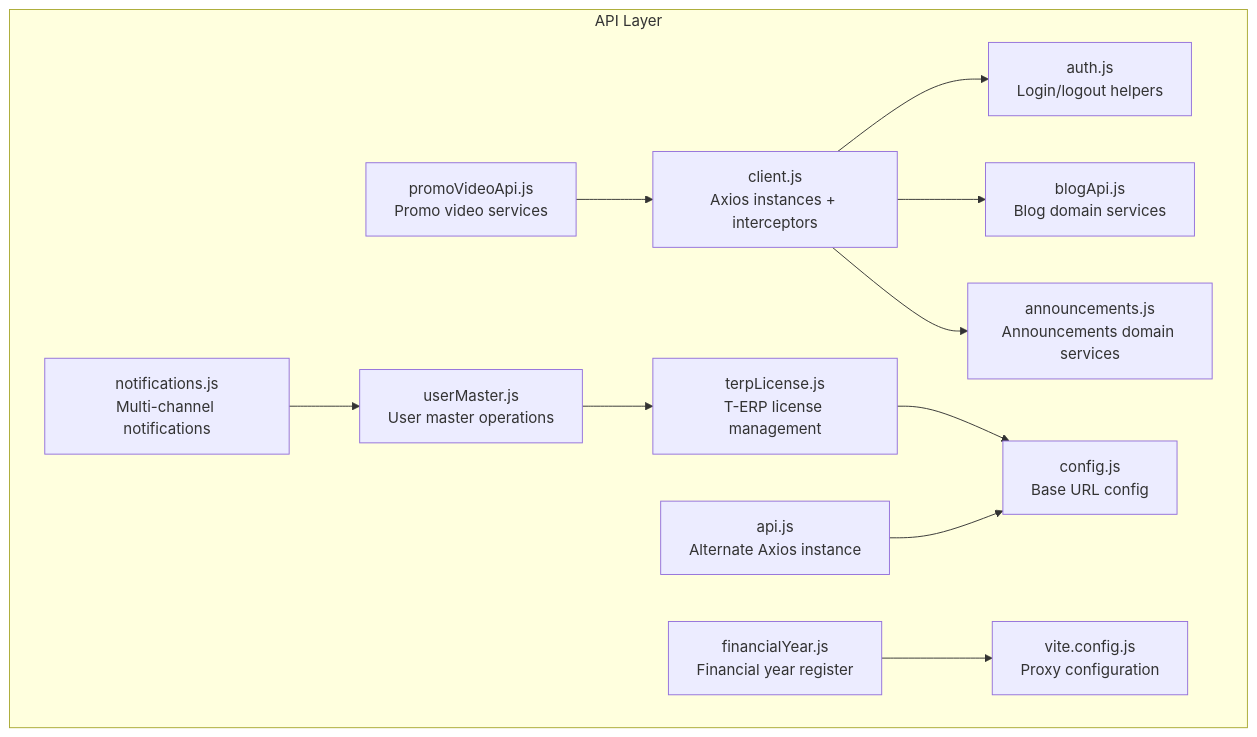
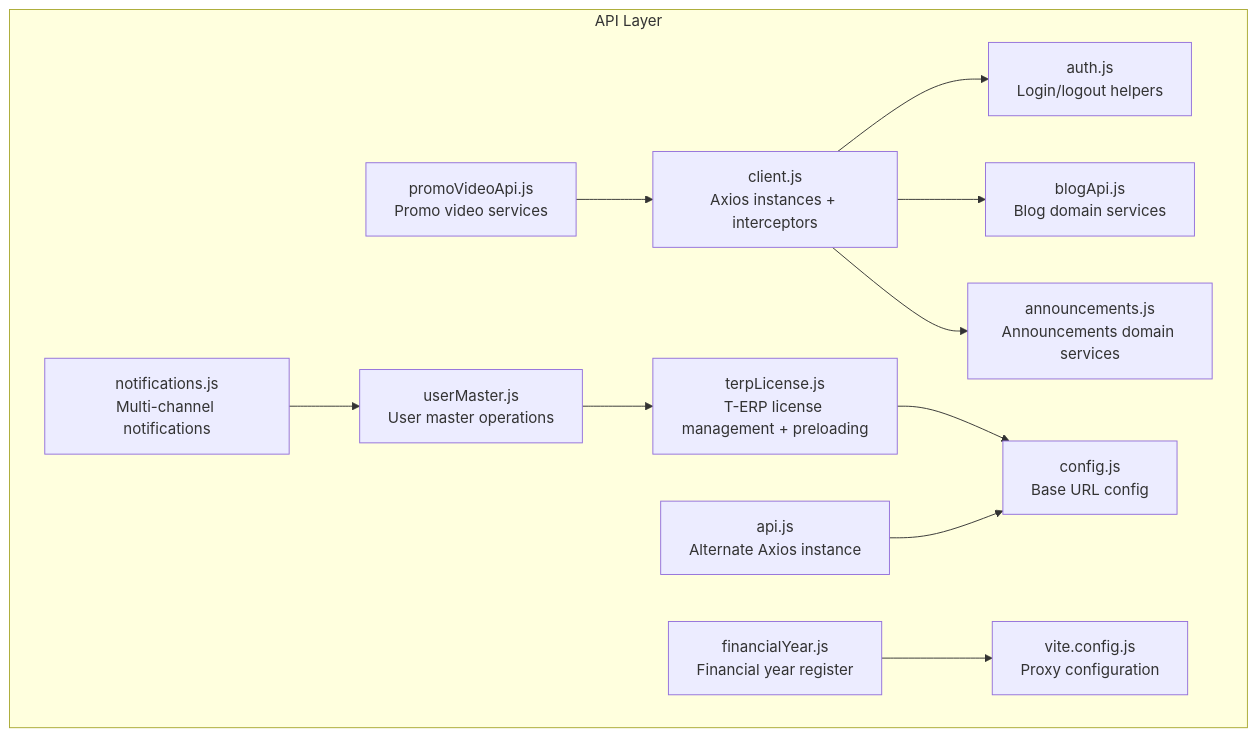
One commit to imcbsglobal/TRELLISCO_ERP_FRONTEND changed the first of 13 diagrams in .qoder/repowiki/en/content/Application Architecture/API Integration Patterns.md. Above: the diagram before and after it, drawn with Mermaid. The commit also changed other lines of this file and 20 other files, not shown here.

````diff
--- a/.qoder/repowiki/en/content/Application Architecture/API Integration Patterns.md
+++ b/.qoder/repowiki/en/content/Application Architecture/API Integration Patterns.md
@@ -67,26 +67,26 @@
 ```mermaid
 graph TB
 subgraph "API Layer"
 Client["client.js<br/>Axios instances + interceptors"]
 ApiLegacy["api.js<br/>Alternate Axios instance"]
 Auth["auth.js<br/>Login/logout helpers"]
 Blog["blogApi.js<br/>Blog domain services"]
 Announcements["announcements.js<br/>Announcements domain services"]
 Promo["promoVideoApi.js<br/>Promo video services"]
-Terp["terpLicense.js<br/>T-ERP license management"]
+Terp["terpLicense.js<br/>T-ERP license management + preloading"]
 UserMaster["userMaster.js<br/>User master operations"]
 Notifications["notifications.js<br/>Multi-channel notifications"]
 FinancialYear["financialYear.js<br/>Financial year register"]
 Config["config.js<br/>Base URL config"]
 ViteConfig["vite.config.js<br/>Proxy configuration"]
 end
 Client --> Auth
 Client --> Blog
 Client --> Announcements
 Promo --> Client
 Terp --> Config
 UserMaster --> Terp
 Notifications --> UserMaster
 FinancialYear --> ViteConfig
 ApiLegacy --> Config
 ```
````
